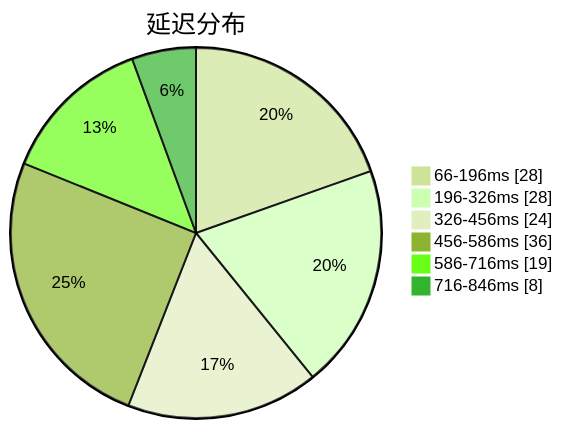
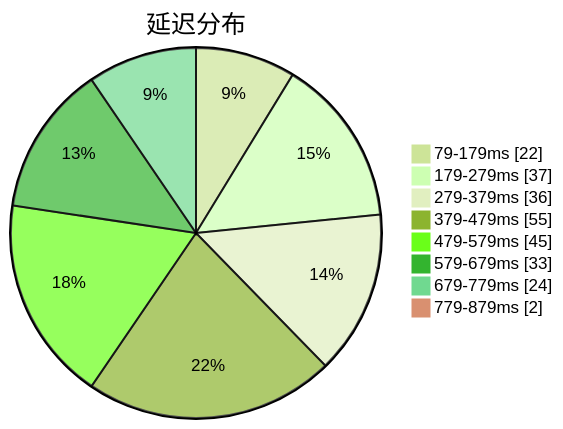
Before and after one commit to sinspired/airport: the first of 3 diagrams in subs/statistics/tested_within.md, drawn with Mermaid (forest theme). The commit also changed other lines of this file and 2 other files, not shown here.

````diff
--- a/subs/statistics/tested_within.md
+++ b/subs/statistics/tested_within.md
@@ -2,10 +2,12 @@
 ```mermaid
 pie showData
 title 延迟分布
-"66-196ms" : 28
-"196-326ms" : 28
-"326-456ms" : 24
-"456-586ms" : 36
-"586-716ms" : 19
-"716-846ms" : 8
+"79-179ms" : 22
+"179-279ms" : 37
+"279-379ms" : 36
+"379-479ms" : 55
+"479-579ms" : 45
+"579-679ms" : 33
+"679-779ms" : 24
+"779-879ms" : 2
 ```
````
